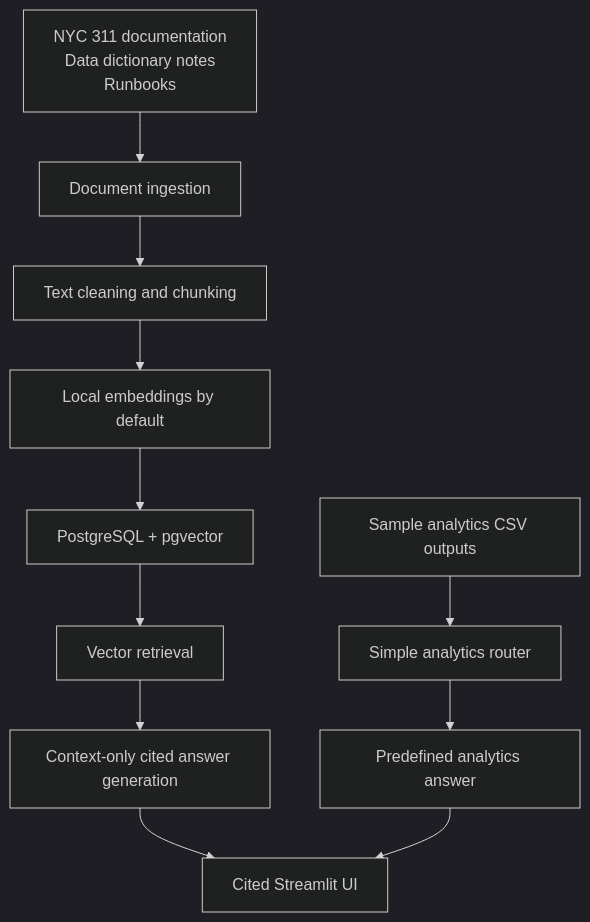
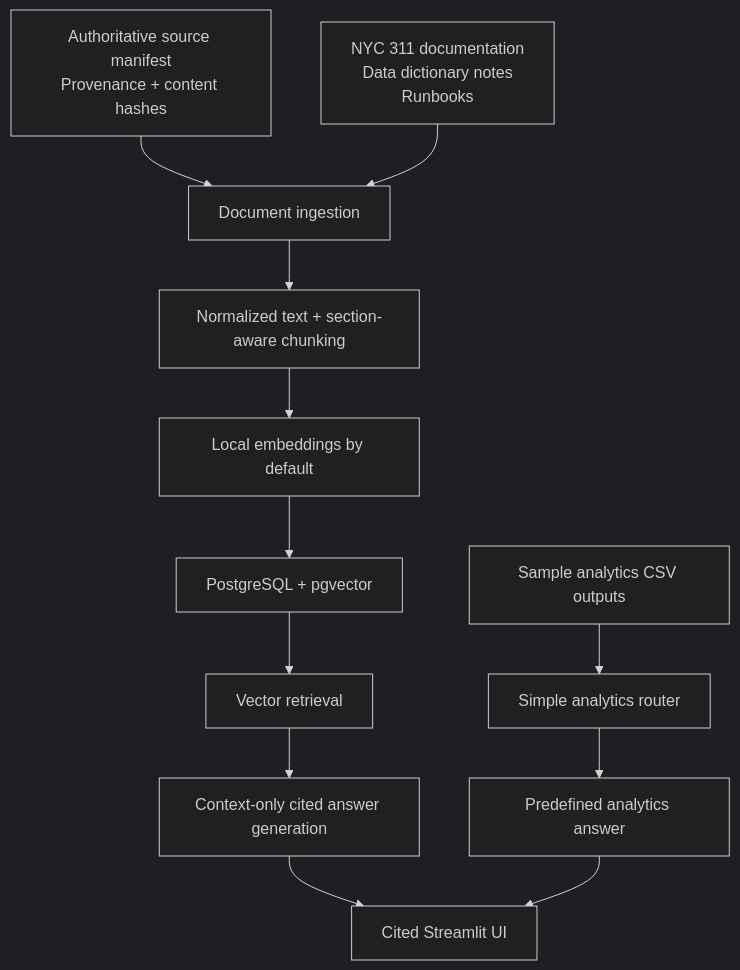
Before and after one commit to rihua-tech/civiclens-rag-nyc311: the diagram in docs/architecture.md, drawn with Mermaid (dark theme). The commit also changed other lines of this file and 21 other files, not shown here.

````diff
--- a/docs/architecture.md
+++ b/docs/architecture.md
@@ -3,17 +3,19 @@
 ```mermaid
 flowchart TD
     docs["NYC 311 documentation<br/>Data dictionary notes<br/>Runbooks"]
+    manifest["Authoritative source manifest<br/>Provenance + content hashes"]
     samples["Sample analytics CSV outputs"]
 
+    manifest --> ingestion
     docs --> ingestion["Document ingestion"]
-    ingestion --> chunking["Text cleaning and chunking"]
+    ingestion --> chunking["Normalized text + section-aware chunking"]
     chunking --> embeddings["Local embeddings by default"]
     embeddings --> store["PostgreSQL + pgvector"]
     store --> retrieval["Vector retrieval"]
     retrieval --> answer["Context-only cited answer generation"]
     answer --> ui["Cited Streamlit UI"]
 
     samples --> router["Simple analytics router"]
     router --> analyticsAnswer["Predefined analytics answer"]
     analyticsAnswer --> ui
 ```
````
